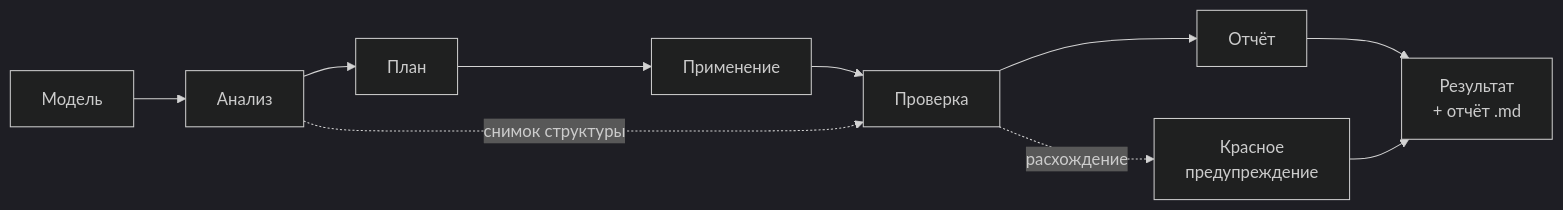
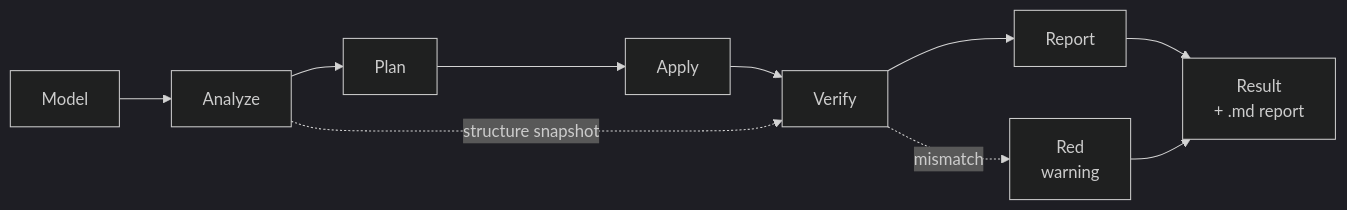
Before and after one commit to GlukerR/Tanyra3D: the diagram in README.md, drawn with Mermaid (dark theme). The commit also changed other lines of this file and 10 other files, not shown here.

````diff
--- a/README.md
+++ b/README.md
@@ -115,13 +115,13 @@
 ```mermaid
 flowchart LR
-    A[Модель] --> B[Анализ]
-    B --> C[План]
-    C --> D[Применение]
-    D --> E[Проверка]
-    E --> F[Отчёт]
+    A[Model] --> B[Analyze]
+    B --> C[Plan]
+    C --> D[Apply]
+    D --> E[Verify]
+    E --> F[Report]
 
-    B -.->|снимок структуры| E
-    E -.->|расхождение| G[Красное<br/>предупреждение]
-    F --> H[Результат<br/>+ отчёт .md]
+    B -.->|structure snapshot| E
+    E -.->|mismatch| G[Red<br/>warning]
+    F --> H[Result<br/>+ .md report]
     G --> H
 ```
````
